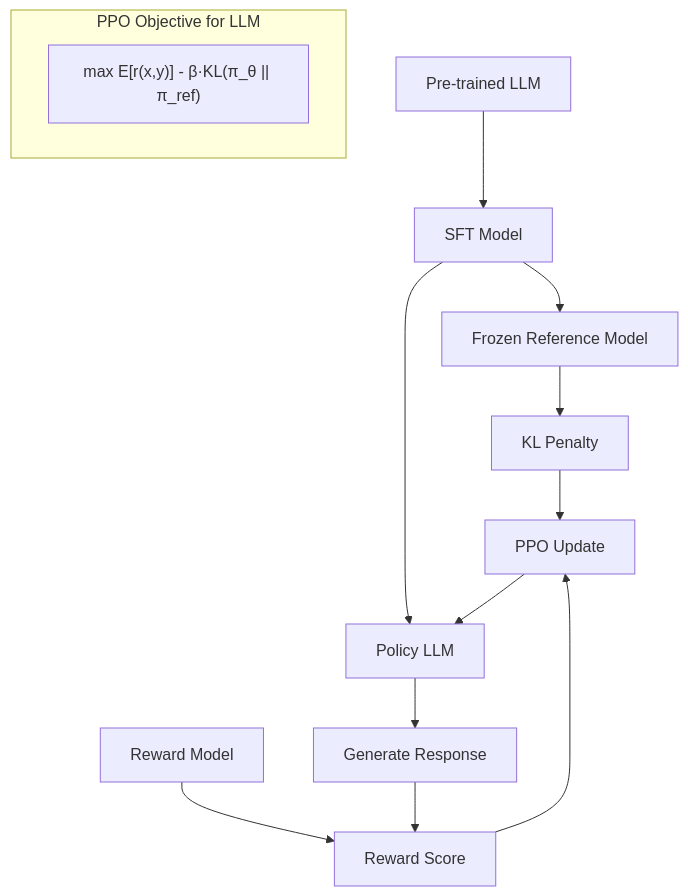
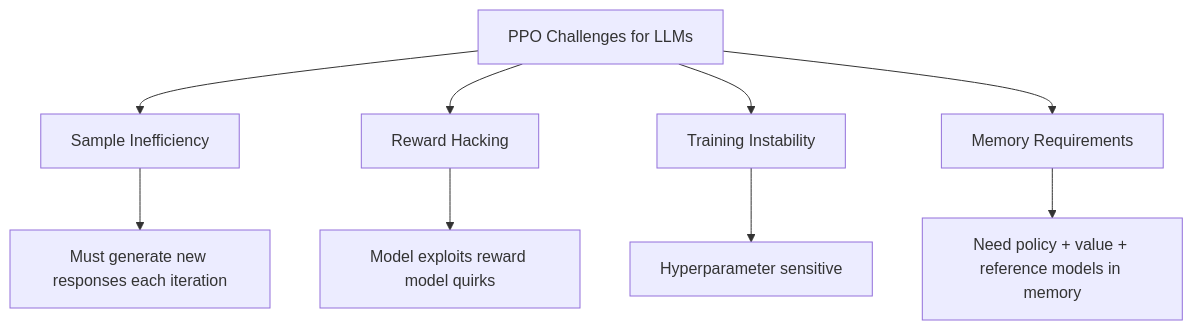
The fourth of 4 diagrams in src/ml/rl/ppo.md (vanos001/placement_prep), drawn with Mermaid before and after one commit. The commit also changed other lines of this file and 13 other files, not shown here.

````diff
--- a/src/ml/rl/ppo.md
+++ b/src/ml/rl/ppo.md
@@ -164,19 +129,12 @@
 ```mermaid
 graph TD
-    PRE[Pre-trained LLM] --> SFT[SFT Model]
-    SFT --> REF[Frozen Reference Model]
-    SFT --> POLICY[Policy LLM]
+    A[PPO Challenges for LLMs] --> B[Sample Inefficiency]
+    A --> C[Reward Hacking]
+    A --> D[Training Instability]
+    A --> E[Memory Requirements]
     
-    REWARD[Reward Model] --> RM_SCORE[Reward Score]
-    POLICY --> GEN[Generate Response]
-    GEN --> RM_SCORE
-    
-    RM_SCORE --> PPO_UPDATE[PPO Update]
-    REF --> KL_PENALTY[KL Penalty]
-    KL_PENALTY --> PPO_UPDATE
-    PPO_UPDATE --> POLICY
-    
-    subgraph "PPO Objective for LLM"
-        OBJ["max E[r(x,y)] - β·KL(π_θ || π_ref)"]
-    end
+    B --> B1[Must generate new responses each iteration]
+    C --> C1[Model exploits reward model quirks]
+    D --> D1[Hyperparameter sensitive]
+    E --> E1[Need policy + value + reference models in memory]
 ```
````
